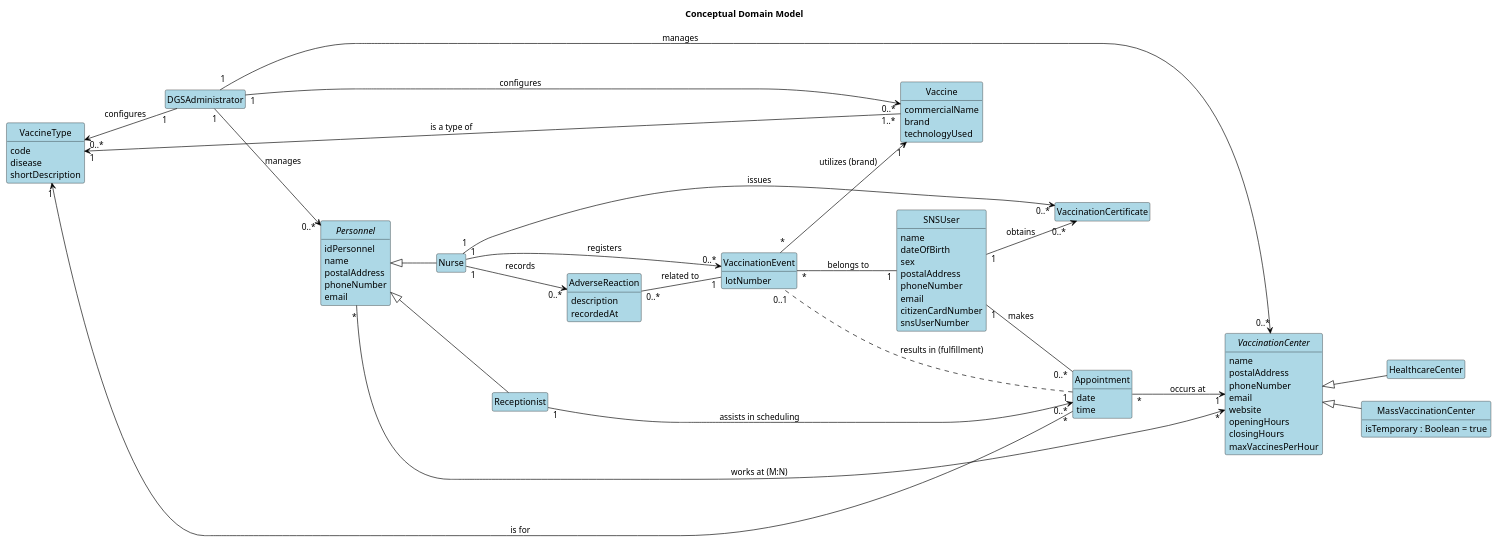
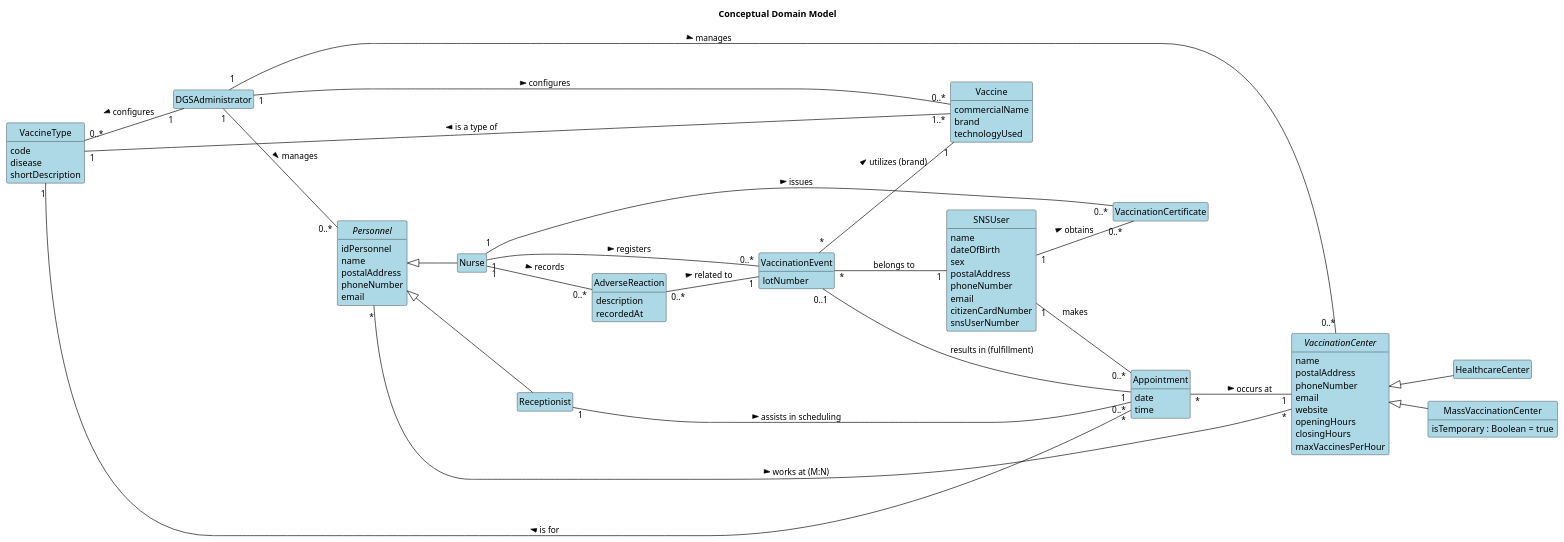
The diagram in docs/system-documentation/global-artifacts/puml/DomainModel.puml (Vaz-iwnl/leti-esoft-25-26-A2), drawn with PlantUML before and after one commit. The commit also changed 4 other files, not shown here.

```diff
--- a/docs/system-documentation/global-artifacts/puml/DomainModel.puml
+++ b/docs/system-documentation/global-artifacts/puml/DomainModel.puml
@@ -1,146 +1,146 @@
 @startuml
 ' --- Configuration (English) ---
 left to right direction
 
 skinparam class {
     BackgroundColor LightBlue
     BorderColor Black
     ArrowColor Black
 }
 skinparam ArrowColor Black
 hide empty members
 hide circle
 title Conceptual Domain Model
 
 ' ------------------------------------------------------------------
 ' --- Classes (Grouping via explicit positioning) ---
 ' ------------------------------------------------------------------
 
 ' --- Core Entities (Left Side) ---
 class SNSUser {
     name
     dateOfBirth
     sex
     postalAddress
     phoneNumber
     email
     citizenCardNumber
     snsUserNumber
 }
 
 class Appointment {
     date
     time
 }
 
 class VaccinationEvent {
     lotNumber
 }
 
 class VaccinationCertificate {
 }
 
 ' *** CLASSE ADICIONADA ***
 class AdverseReaction {
     description
     recordedAt
 }
 
 
 ' --- Personnel and Roles (Central/Top) ---
 abstract class Personnel {
     idPersonnel
     name
     postalAddress
     phoneNumber
     email
 }
 
 class Receptionist {
 }
 
 class Nurse {
 }
 
 class DGSAdministrator {
 }
 
 Personnel <|-- Receptionist
 Personnel <|-- Nurse
 
 
 ' --- Vaccines and Data (Bottom) ---
 class VaccineType {
     code
     disease
     shortDescription
 }
 
 class Vaccine {
     commercialName
     brand
     technologyUsed
 }
 
 
 ' --- Vaccination Centers (Right Side) ---
 abstract class VaccinationCenter {
     name
     postalAddress
     phoneNumber
     email
     website
     openingHours
     closingHours
     maxVaccinesPerHour
 }
 
 class HealthcareCenter {
 }
 
 class MassVaccinationCenter {
     isTemporary : Boolean = true
 }
 
 VaccinationCenter <|-- HealthcareCenter
 VaccinationCenter <|-- MassVaccinationCenter
 
 
 ' ------------------------------------------------------------------
 ' --- RELATIONSHIPS (RELACÕES E DIRECIONALIDADE) ---
 ' ------------------------------------------------------------------
 
 ' --- Core Flow (User -> Appointment -> Event) ---
 SNSUser "1" -- "0..*" Appointment : makes
-Appointment "1" .. "0..1" VaccinationEvent : results in (fulfillment)
+Appointment "1" -- "0..1" VaccinationEvent : results in (fulfillment)
 VaccinationEvent "*" -- "1" SNSUser :belongs to
 
 
 ' --- Centers and Logistics ---
-Appointment "*" --> "1" VaccinationCenter : occurs at
-Personnel "*" -right-> "*" VaccinationCenter :  works at (M:N)
-Receptionist "1" -down-> "0..*" Appointment : assists in scheduling
+Appointment "*" -- "1" VaccinationCenter :> occurs at
+Personnel "*" -right- "*" VaccinationCenter : > works at (M:N)
+Receptionist "1" -down- "0..*" Appointment : > assists in scheduling
 
 
 ' --- Vaccines ---
-Vaccine "1..*" --> "1" VaccineType : is a type of
-Appointment "*" --> "1" VaccineType : is for
-VaccinationEvent "*" --> "1" Vaccine : utilizes (brand)
+Vaccine "1..*" -- "1" VaccineType : > is a type of
+Appointment "*" -- "1" VaccineType : > is for
+VaccinationEvent "*" -- "1" Vaccine : > utilizes (brand)
 
 
 ' --- Documents and Nurse Actions ---
-SNSUser "1" --> "0..*" VaccinationCertificate : obtains
-Nurse "1" -down-> "0..*" VaccinationEvent : registers
-Nurse "1" -right-> "0..*" VaccinationCertificate : issues
+SNSUser "1" -- "0..*" VaccinationCertificate :> obtains
+Nurse "1" -down- "0..*" VaccinationEvent :> registers
+Nurse "1" -right- "0..*" VaccinationCertificate : > issues
 
 ' *** RELAÇÕES ADICIONADAS ***
-Nurse "1" --> "0..*" AdverseReaction : records
-AdverseReaction "0..*" -- "1" VaccinationEvent : related to
+Nurse "1" -- "0..*" AdverseReaction : > records
+AdverseReaction "0..*" -- "1" VaccinationEvent : > related to
 
 
 ' --- Administration and Management ---
-DGSAdministrator "1" -down-> "0..*" VaccinationCenter : manages
-DGSAdministrator "1" -down-> "0..*" Personnel : manages
-DGSAdministrator "1" -down-> "0..*" Vaccine : configures
-DGSAdministrator "1" -up-> "0..*" VaccineType : configures
+DGSAdministrator "1" --"0..*" VaccinationCenter : > manages
+DGSAdministrator "1" -- "0..*" Personnel : > manages
+DGSAdministrator "1" -- "0..*" Vaccine : > configures
+DGSAdministrator "1" -up- "0..*" VaccineType : > configures
 @enduml
```
